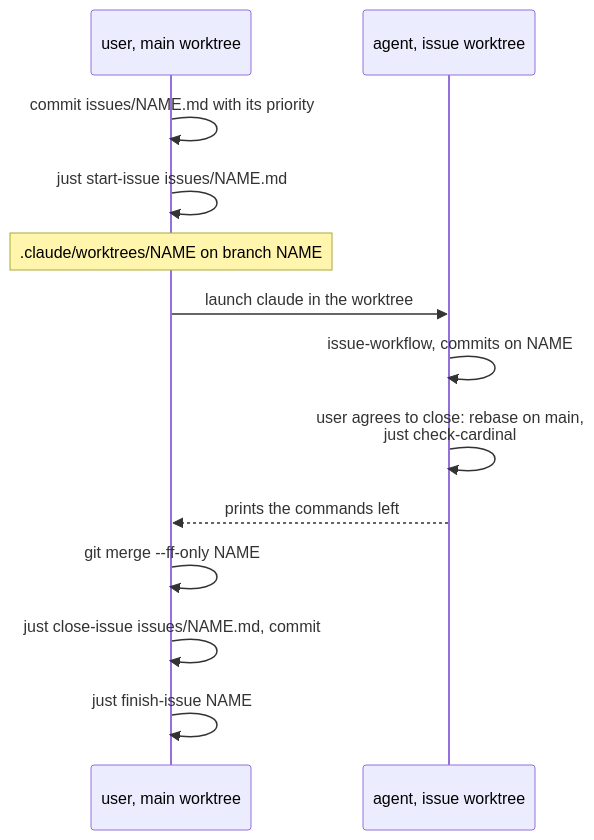
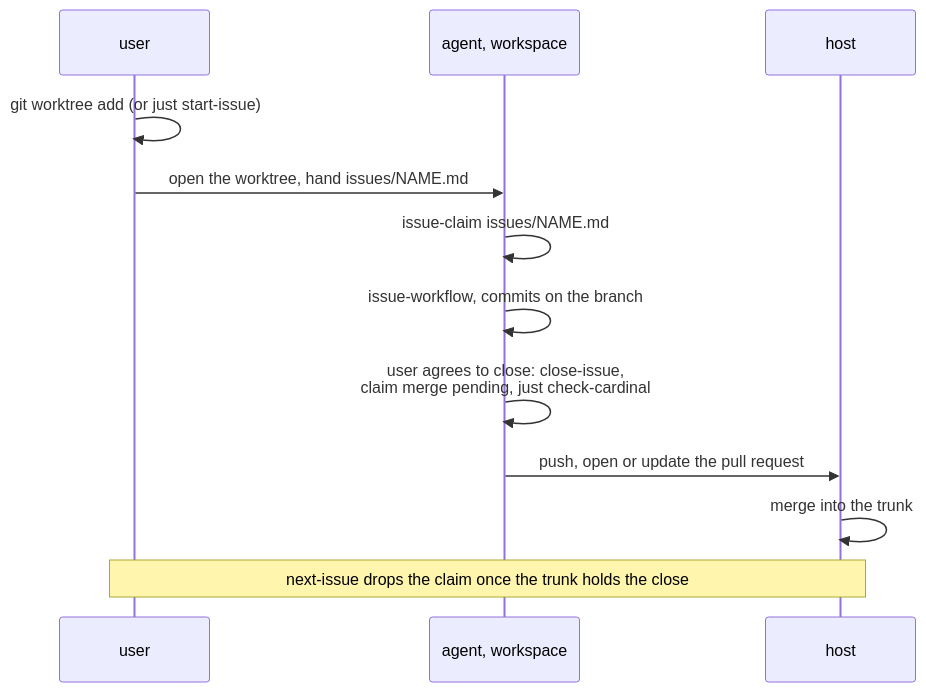
One commit to Electron-libre/cardinal changed the third of 3 diagrams in docs/workflow.md. Above: the diagram before and after it, drawn with Mermaid. The commit also changed other lines of this file and 9 other files, not shown here.

First line of the commit message:
feat(files): claim the issue at the start of issue-workflow

````diff
--- a/docs/workflow.md
+++ b/docs/workflow.md
@@ -82,15 +85,14 @@
 ```mermaid
 sequenceDiagram
-  participant U as user, main worktree
-  participant W as agent, issue worktree
-  U->>U: commit issues/NAME.md with its priority
-  U->>U: just start-issue issues/NAME.md
-  Note over U: .claude/worktrees/NAME on branch NAME
-  U->>W: launch claude in the worktree
-  W->>W: issue-workflow, commits on NAME
-  W->>W: user agrees to close: rebase on main,<br/>just check-cardinal
-  W-->>U: prints the commands left
-  U->>U: git merge --ff-only NAME
-  U->>U: just close-issue issues/NAME.md, commit
-  U->>U: just finish-issue NAME
+  participant U as user
+  participant W as agent, workspace
+  participant H as host
+  U->>U: git worktree add (or just start-issue)
+  U->>W: open the worktree, hand issues/NAME.md
+  W->>W: issue-claim issues/NAME.md
+  W->>W: issue-workflow, commits on the branch
+  W->>W: user agrees to close: close-issue,<br/>claim merge pending, just check-cardinal
+  W->>H: push, open or update the pull request
+  H->>H: merge into the trunk
+  Note over U,H: next-issue drops the claim once the trunk holds the close
 ```
````
